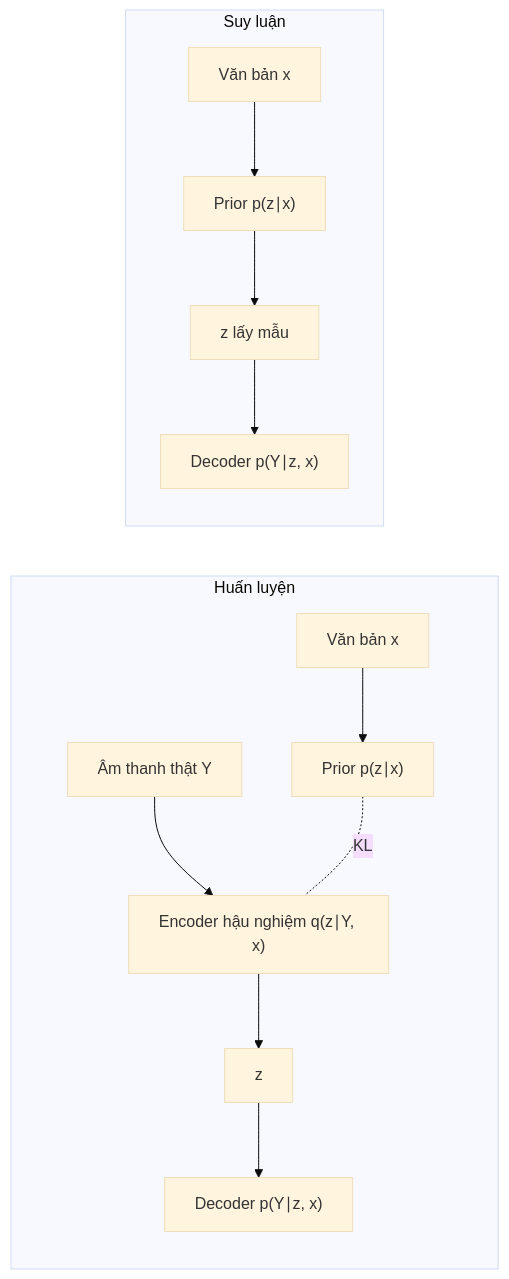
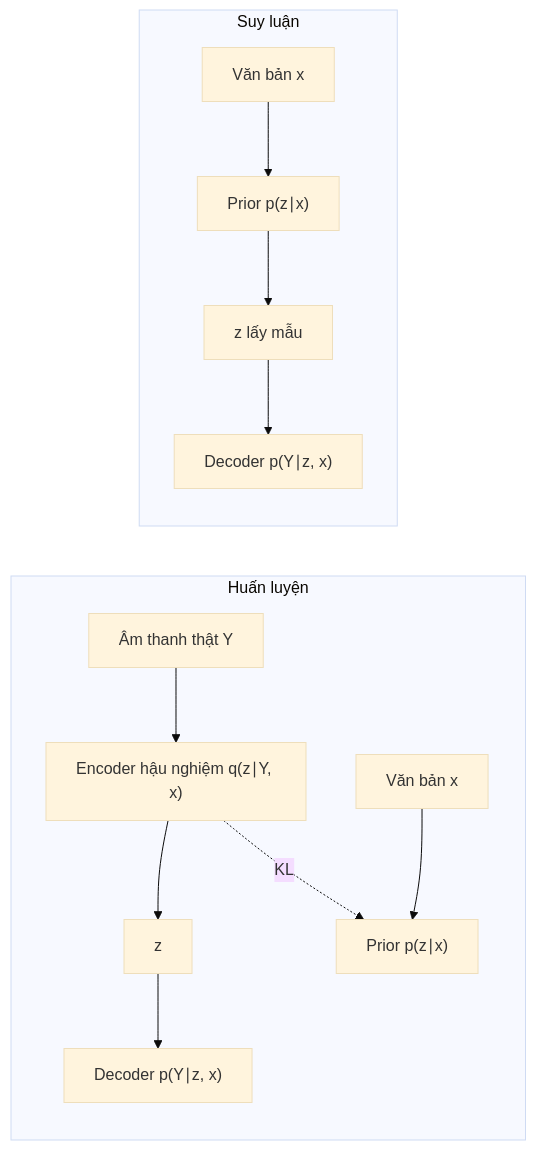
One commit to tuandung222/tts-books-2026 changed the second of 2 diagrams in docs/phan-2-mo-hinh-sinh/ch08-vae.md. Above: the diagram before and after it, drawn with Mermaid (base theme). The commit also changed other lines of this file and 1 other file, not shown here.

````diff
--- a/docs/phan-2-mo-hinh-sinh/ch08-vae.md
+++ b/docs/phan-2-mo-hinh-sinh/ch08-vae.md
@@ -458,15 +458,15 @@
 ```mermaid
 flowchart LR
     subgraph HL["Huấn luyện"]
         Y1["Âm thanh thật Y"] --> Q["Encoder hậu nghiệm q(z∣Y, x)"]
         Q --> Z1["z"]
         Z1 --> DEC1["Decoder p(Y∣z, x)"]
         T1["Văn bản x"] --> P1["Prior p(z∣x)"]
-        P1 -. "KL" .- Q
+        Q -.->|KL| P1
     end
     subgraph SL["Suy luận"]
         T2["Văn bản x"] --> P2["Prior p(z∣x)"]
         P2 --> Z2["z lấy mẫu"]
         Z2 --> DEC2["Decoder p(Y∣z, x)"]
     end
 ```
````
